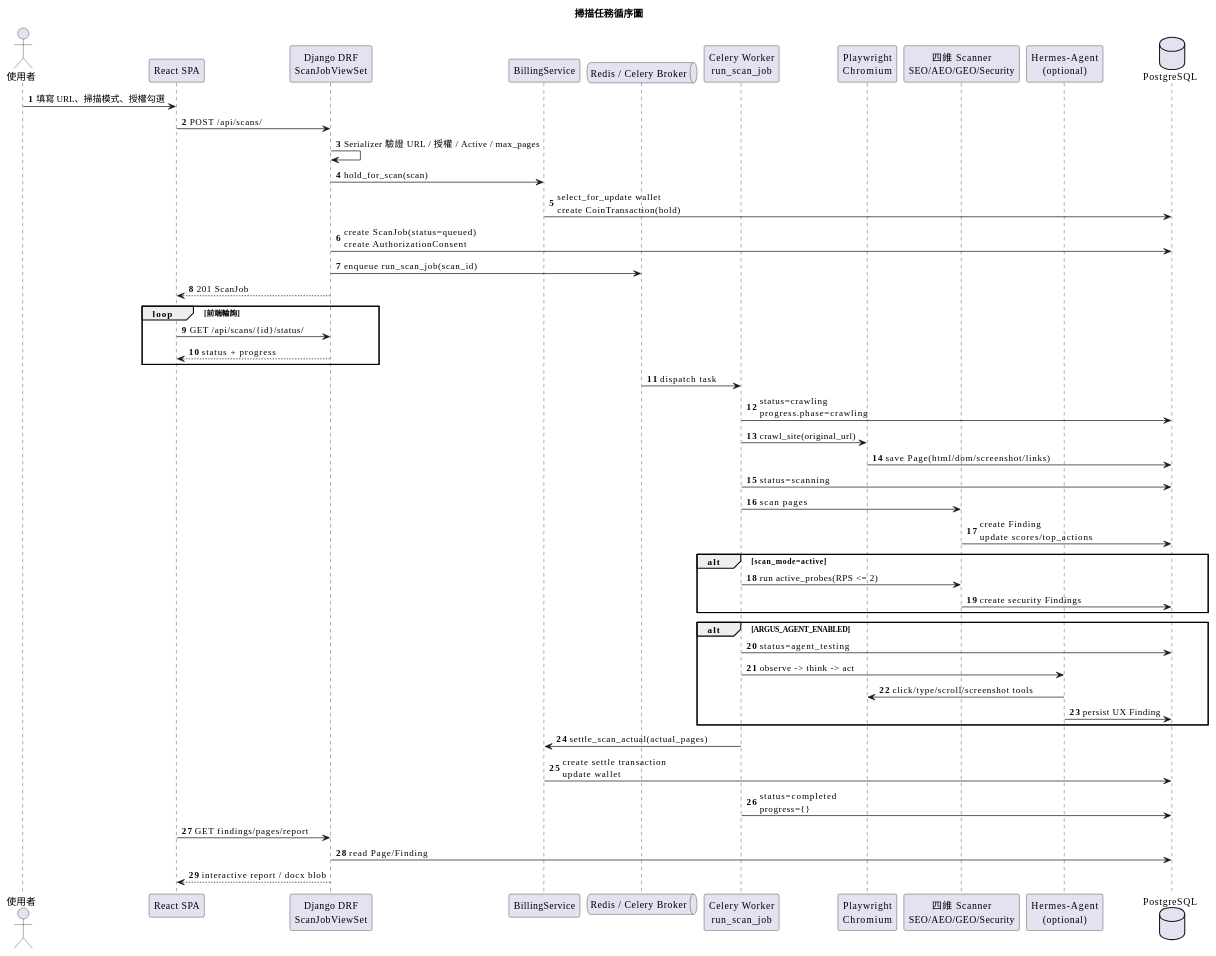
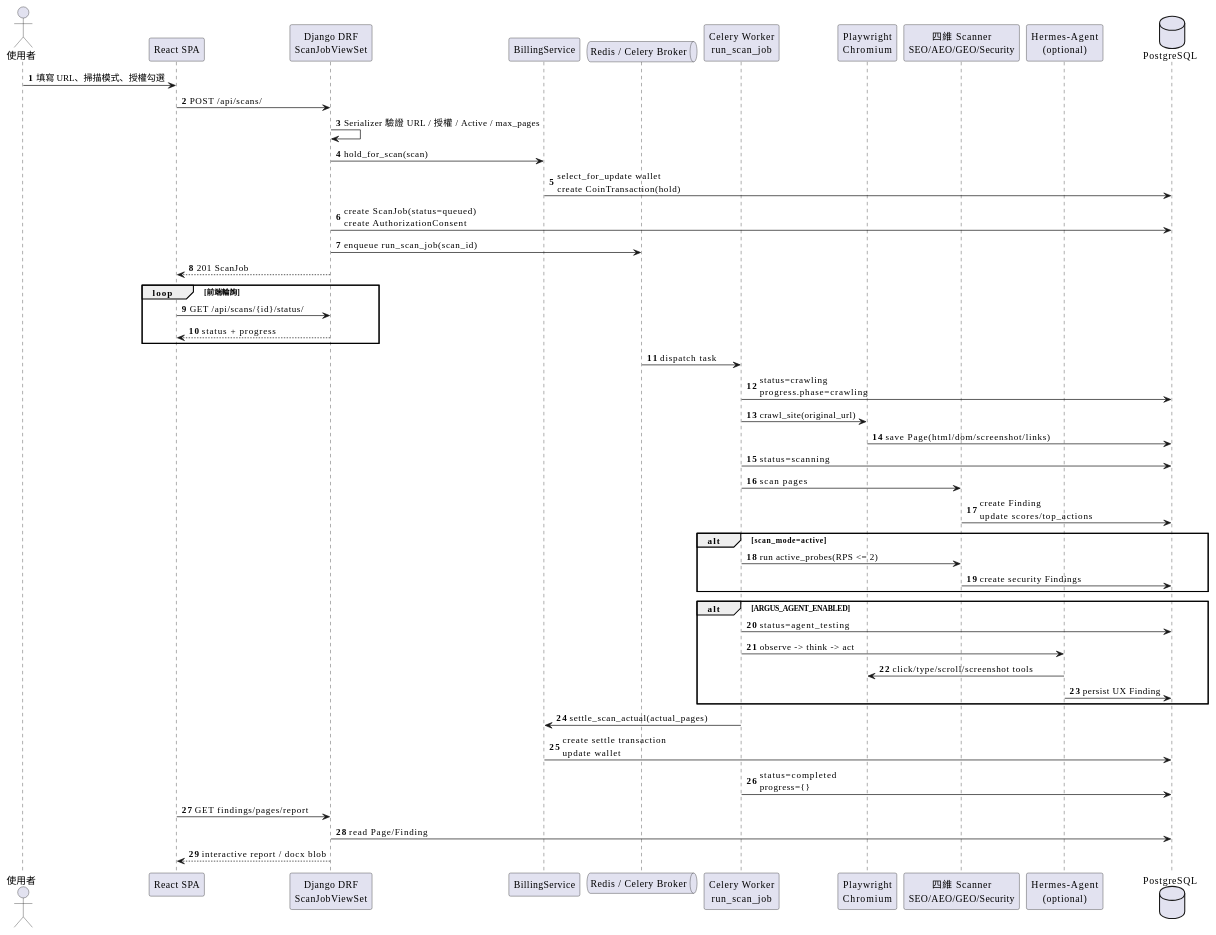
One commit to Djude1/Argus changed the seventh of 13 diagrams in PlantUML.md. Above: the diagram before and after it, drawn with PlantUML. The commit also changed other lines of this file, not shown here.

First line of the commit message:
fix: remove PlantUML title directives for compatibility

````diff
--- a/PlantUML.md
+++ b/PlantUML.md
@@ -505,60 +499,59 @@
 ```plantuml
 @startuml
-title 掃描任務循序圖
 skinparam defaultFontName Microsoft JhengHei
 skinparam shadowing false
 autonumber
 
 actor User as "使用者"
 participant SPA as "React SPA"
 participant API as "Django DRF\nScanJobViewSet"
 participant Billing as "BillingService"
 queue Redis as "Redis / Celery Broker"
 participant Worker as "Celery Worker\nrun_scan_job"
 participant Browser as "Playwright\nChromium"
 participant Scanner as "四維 Scanner\nSEO/AEO/GEO/Security"
 participant Agent as "Hermes-Agent\n(optional)"
 database DB as "PostgreSQL"
 
 User -> SPA : 填寫 URL、掃描模式、授權勾選
 SPA -> API : POST /api/scans/
 API -> API : Serializer 驗證 URL / 授權 / Active / max_pages
 API -> Billing : hold_for_scan(scan)
 Billing -> DB : select_for_update wallet\ncreate CoinTransaction(hold)
 API -> DB : create ScanJob(status=queued)\ncreate AuthorizationConsent
 API -> Redis : enqueue run_scan_job(scan_id)
 API --> SPA : 201 ScanJob
 
 loop 前端輪詢
   SPA -> API : GET /api/scans/{id}/status/
   API --> SPA : status + progress
 end
 
 Redis -> Worker : dispatch task
 Worker -> DB : status=crawling\nprogress.phase=crawling
 Worker -> Browser : crawl_site(original_url)
 Browser -> DB : save Page(html/dom/screenshot/links)
 Worker -> DB : status=scanning
 Worker -> Scanner : scan pages
 Scanner -> DB : create Finding\nupdate scores/top_actions
 
 alt scan_mode=active
   Worker -> Scanner : run active_probes(RPS <= 2)
   Scanner -> DB : create security Findings
 end
 
 alt ARGUS_AGENT_ENABLED
   Worker -> DB : status=agent_testing
   Worker -> Agent : observe -> think -> act
   Agent -> Browser : click/type/scroll/screenshot tools
   Agent -> DB : persist UX Finding
 end
 
 Worker -> Billing : settle_scan_actual(actual_pages)
 Billing -> DB : create settle transaction\nupdate wallet
 Worker -> DB : status=completed\nprogress={}
 SPA -> API : GET findings/pages/report
 API -> DB : read Page/Finding
 API --> SPA : interactive report / docx blob
 @enduml
 ```
````
